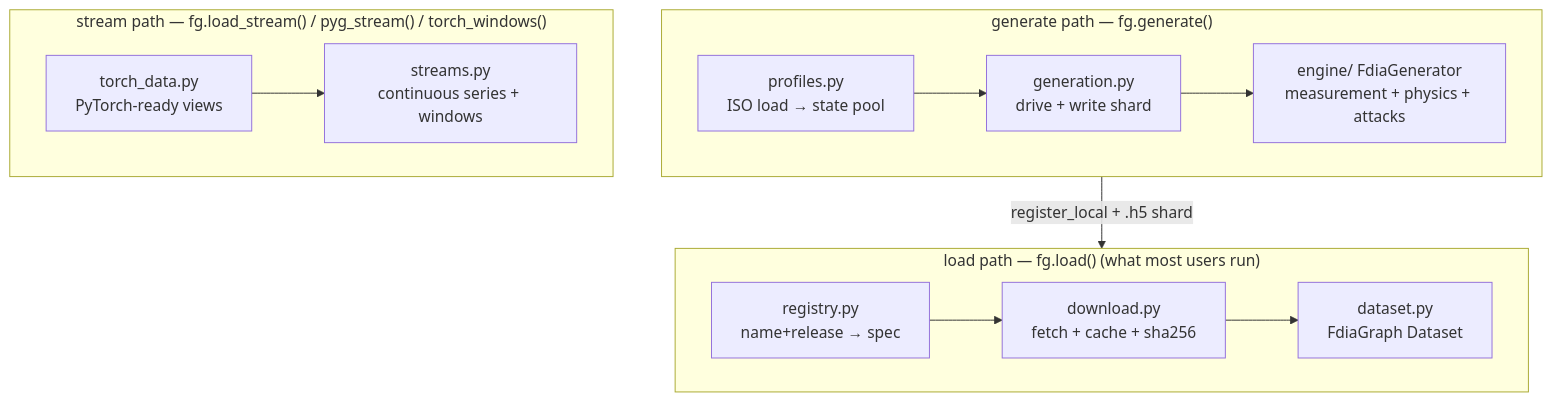
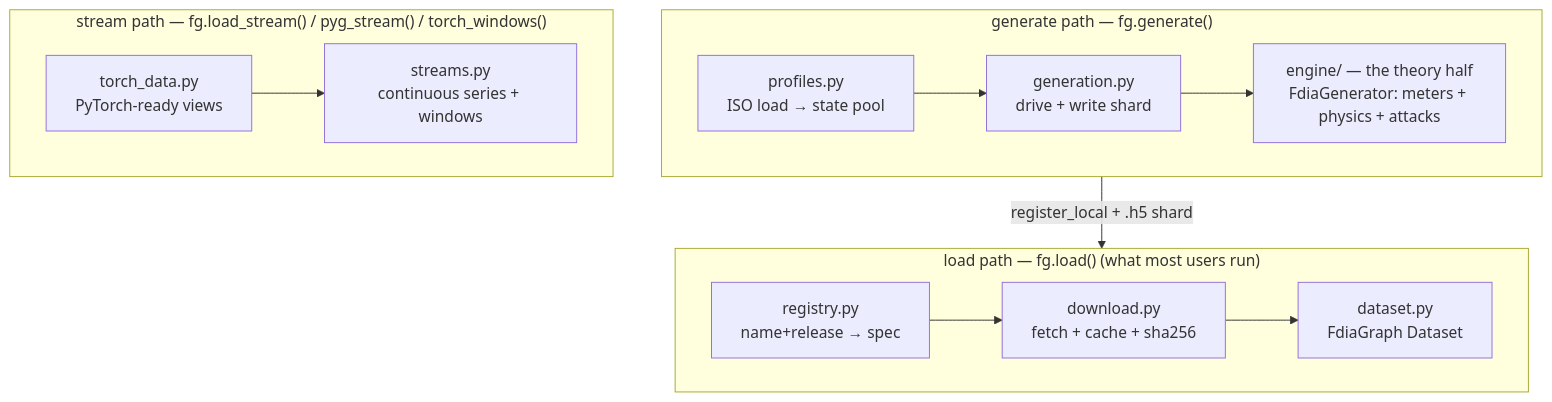
The diagram in docs/ROADMAP.md (myersben9/fdia-graph), drawn with Mermaid before and after one commit. The commit also changed other lines of this file and 2 other files, not shown here.

First line of the commit message:
Docs: present the SDK/engine split explicitly

````diff
--- a/docs/ROADMAP.md
+++ b/docs/ROADMAP.md
@@ -7,16 +21,16 @@
 ```mermaid
 flowchart TD
     subgraph GEN["generate path — fg.generate()"]
         direction LR
-        profiles["profiles.py<br/>ISO load → state pool"] --> generation["generation.py<br/>drive + write shard"] --> core["engine/ FdiaGenerator<br/>measurement + physics + attacks"]
+        profiles["profiles.py<br/>ISO load → state pool"] --> generation["generation.py<br/>drive + write shard"] --> core["engine/ — the theory half<br/>FdiaGenerator: meters + physics + attacks"]
     end
     subgraph LOAD["load path — fg.load()  (what most users run)"]
         direction LR
         registry["registry.py<br/>name+release → spec"] --> download["download.py<br/>fetch + cache + sha256"] --> dataset["dataset.py<br/>FdiaGraph Dataset"]
     end
     subgraph STREAM["stream path — fg.load_stream() / pyg_stream() / torch_windows()"]
         direction LR
         torchdata["torch_data.py<br/>PyTorch-ready views"] --> streams["streams.py<br/>continuous series + windows"]
     end
     GEN -->|"register_local + .h5 shard"| LOAD
 ```
````
